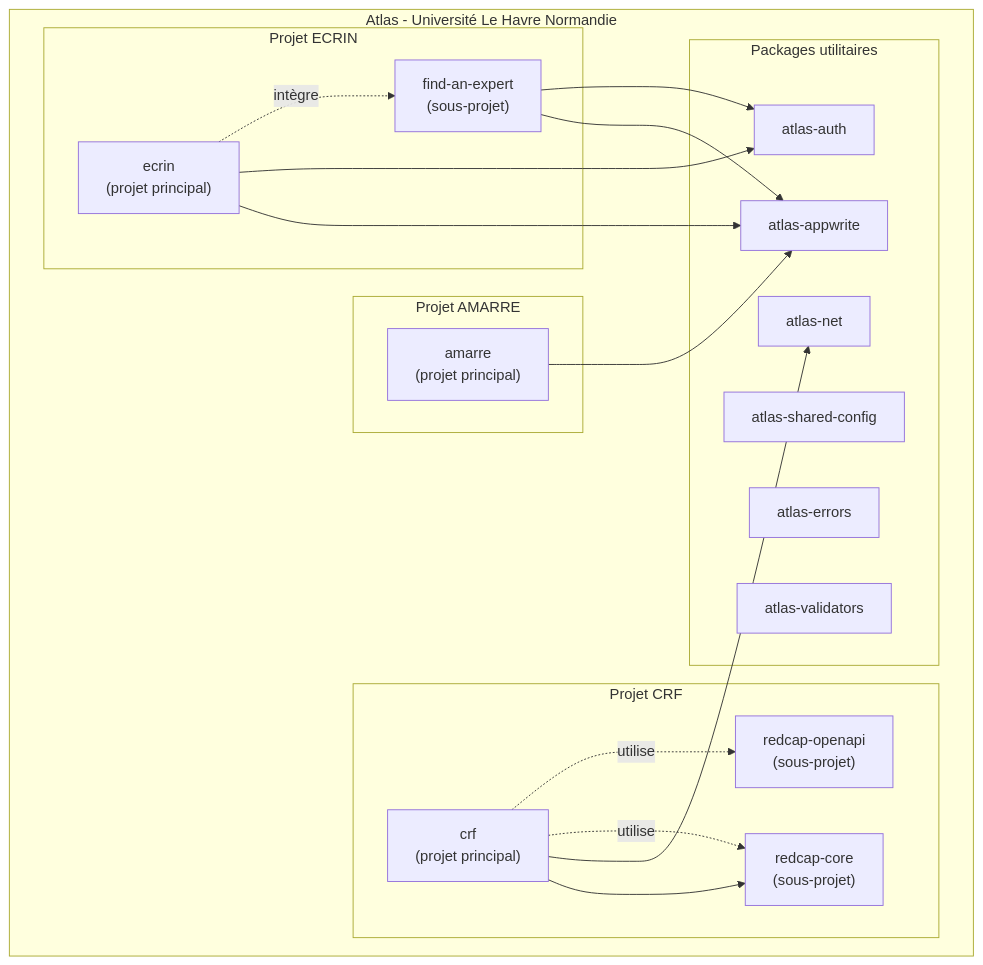
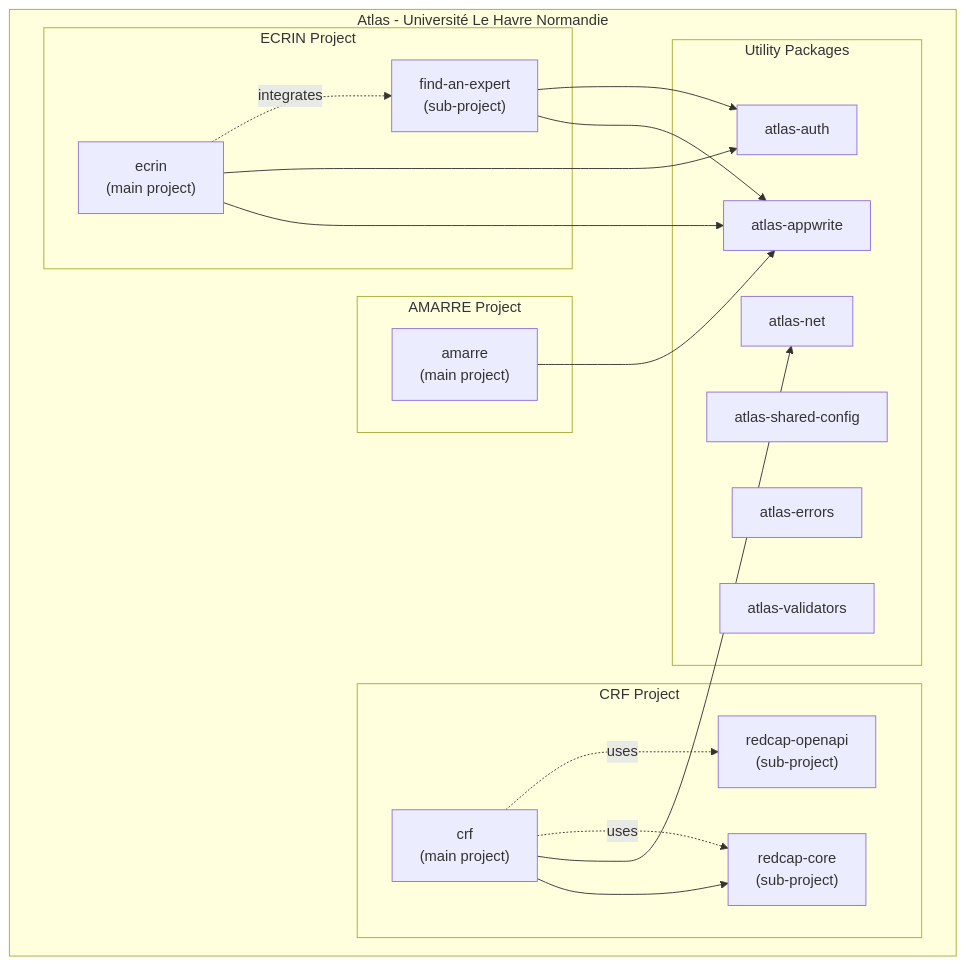
The diagram in docs/guide/developers/architecture.md (univ-lehavre/atlas), drawn with Mermaid before and after one commit. The commit also changed other lines of this file and 6 other files, not shown here.

````diff
--- a/docs/guide/developers/architecture.md
+++ b/docs/guide/developers/architecture.md
@@ -5,39 +5,39 @@
 ```mermaid
 graph TB
     subgraph "Atlas - Université Le Havre Normandie"
-        subgraph "Projet ECRIN"
-            ECRIN_APP["ecrin<br/>(projet principal)"]
-            FAE["find-an-expert<br/>(sous-projet)"]
+        subgraph "ECRIN Project"
+            ECRIN_APP["ecrin<br/>(main project)"]
+            FAE["find-an-expert<br/>(sub-project)"]
         end
 
-        subgraph "Projet AMARRE"
-            AMARRE["amarre<br/>(projet principal)"]
+        subgraph "AMARRE Project"
+            AMARRE["amarre<br/>(main project)"]
         end
 
-        subgraph "Projet CRF"
-            CRF["crf<br/>(projet principal)"]
-            CORE["redcap-core<br/>(sous-projet)"]
-            OPENAPI["redcap-openapi<br/>(sous-projet)"]
+        subgraph "CRF Project"
+            CRF["crf<br/>(main project)"]
+            CORE["redcap-core<br/>(sub-project)"]
+            OPENAPI["redcap-openapi<br/>(sub-project)"]
         end
 
-        subgraph "Packages utilitaires"
+        subgraph "Utility Packages"
             NET["atlas-net"]
             CONFIG["atlas-shared-config"]
             APPWRITE["atlas-appwrite"]
             AUTH["atlas-auth"]
             ERRORS["atlas-errors"]
             VALIDATORS["atlas-validators"]
         end
     end
 
     FAE --> APPWRITE
     FAE --> AUTH
     ECRIN_APP --> APPWRITE
     ECRIN_APP --> AUTH
     AMARRE --> APPWRITE
     CRF --> CORE
     CRF --> NET
-    ECRIN_APP -.->|"intègre"| FAE
-    CRF -.->|"utilise"| CORE
-    CRF -.->|"utilise"| OPENAPI
+    ECRIN_APP -.->|"integrates"| FAE
+    CRF -.->|"uses"| CORE
+    CRF -.->|"uses"| OPENAPI
 ```
````
